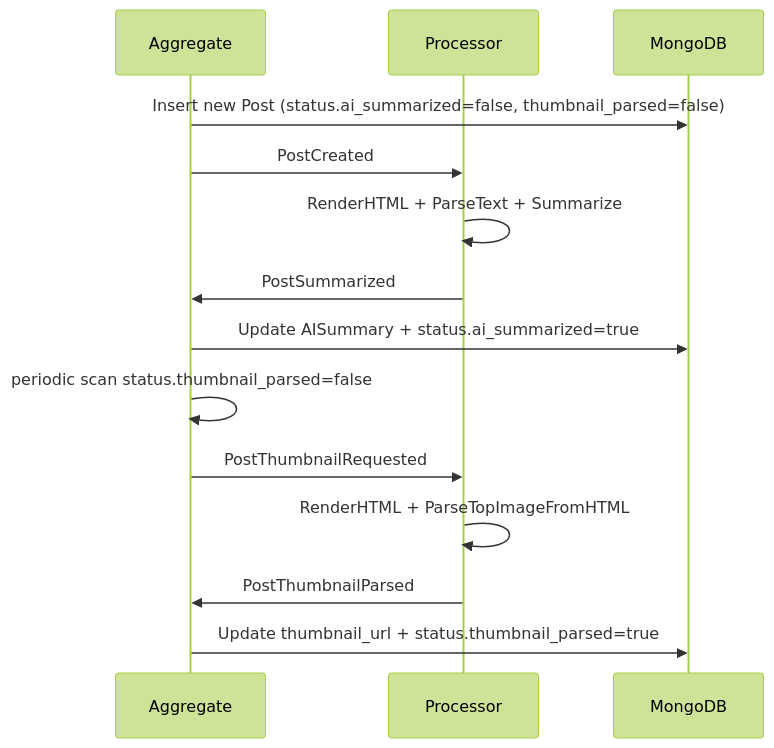
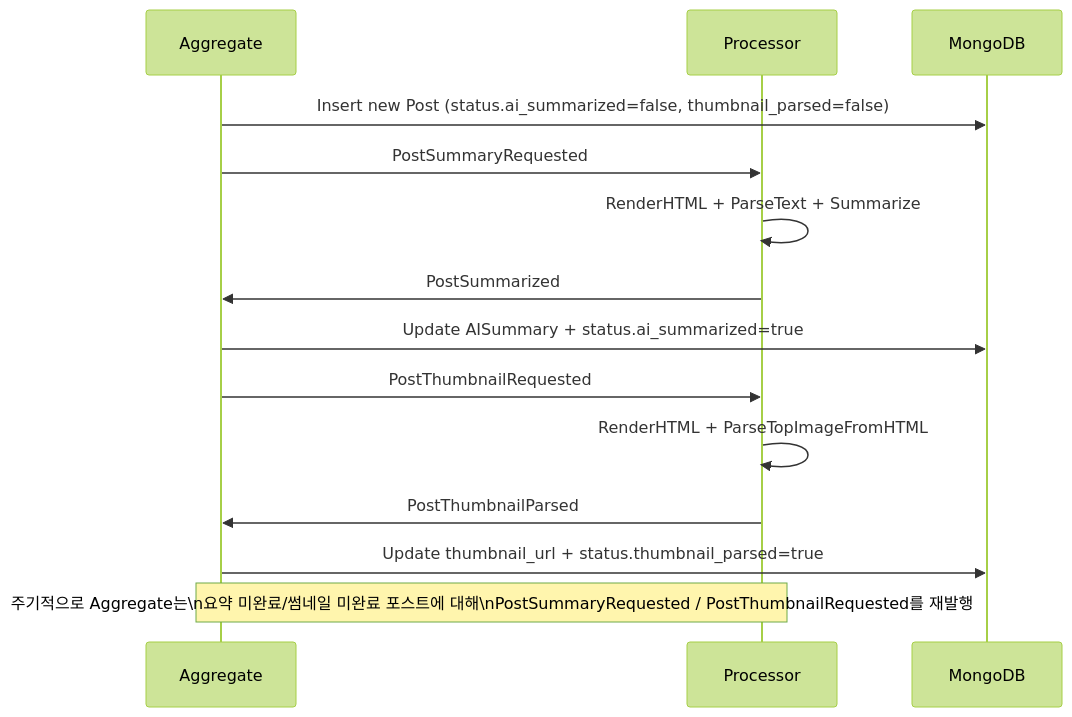
The diagram in README.md (TechLetter/tech-letter), drawn with Mermaid (forest theme) before and after one commit. The commit also changed other lines of this file and 9 other files, not shown here.

````diff
--- a/README.md
+++ b/README.md
@@ -57,18 +67,19 @@
 ```mermaid
 sequenceDiagram
     participant Agg as Aggregate
     participant Proc as Processor
     participant DB as MongoDB
 
     Agg->>DB: Insert new Post (status.ai_summarized=false, thumbnail_parsed=false)
-    Agg->>Proc: PostCreated
+    Agg->>Proc: PostSummaryRequested
     Proc->>Proc: RenderHTML + ParseText + Summarize
     Proc->>Agg: PostSummarized
     Agg->>DB: Update AISummary + status.ai_summarized=true
 
-    Agg->>Agg: periodic scan status.thumbnail_parsed=false
     Agg->>Proc: PostThumbnailRequested
     Proc->>Proc: RenderHTML + ParseTopImageFromHTML
     Proc->>Agg: PostThumbnailParsed
     Agg->>DB: Update thumbnail_url + status.thumbnail_parsed=true
+
+    note over Agg,Proc: 주기적으로 Aggregate는\n요약 미완료/썸네일 미완료 포스트에 대해\nPostSummaryRequested / PostThumbnailRequested를 재발행
 ```
````
